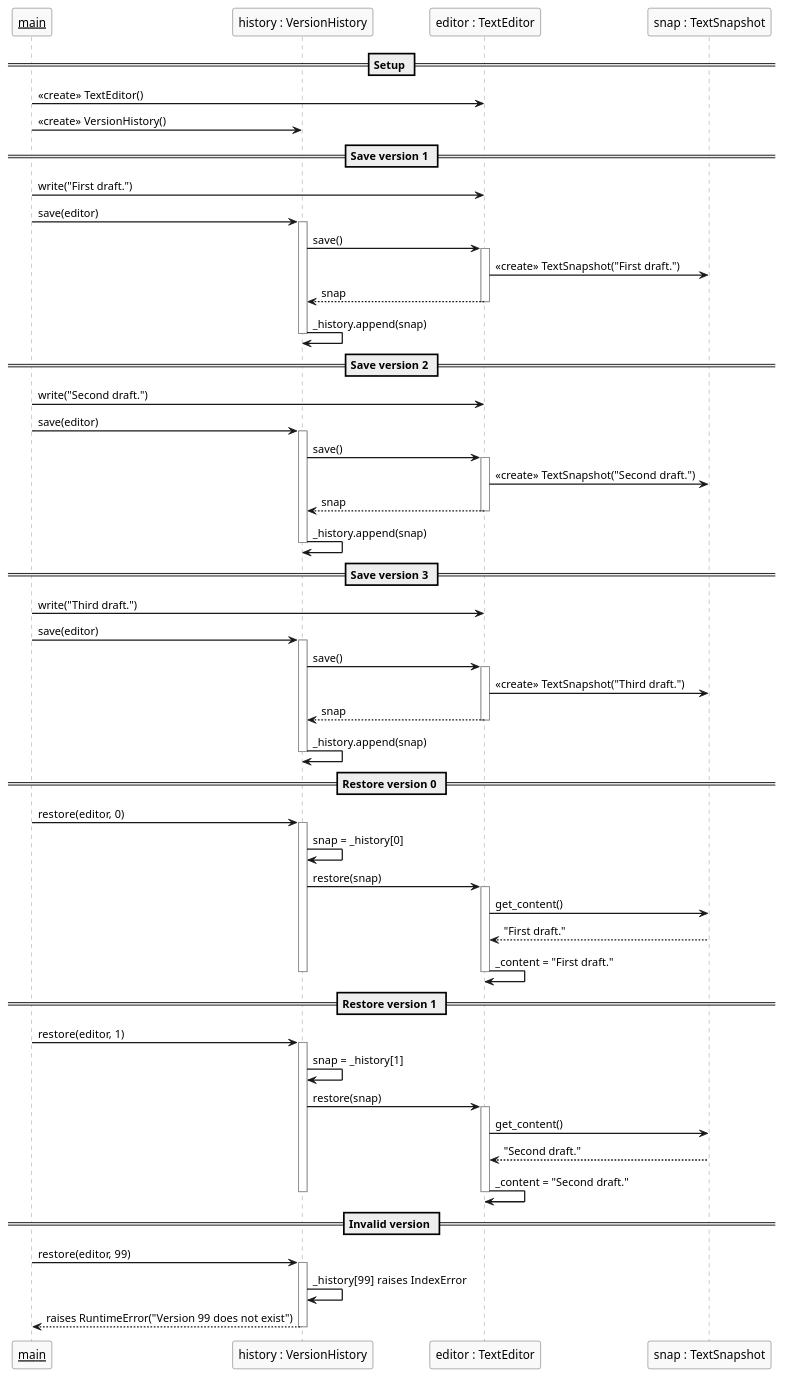
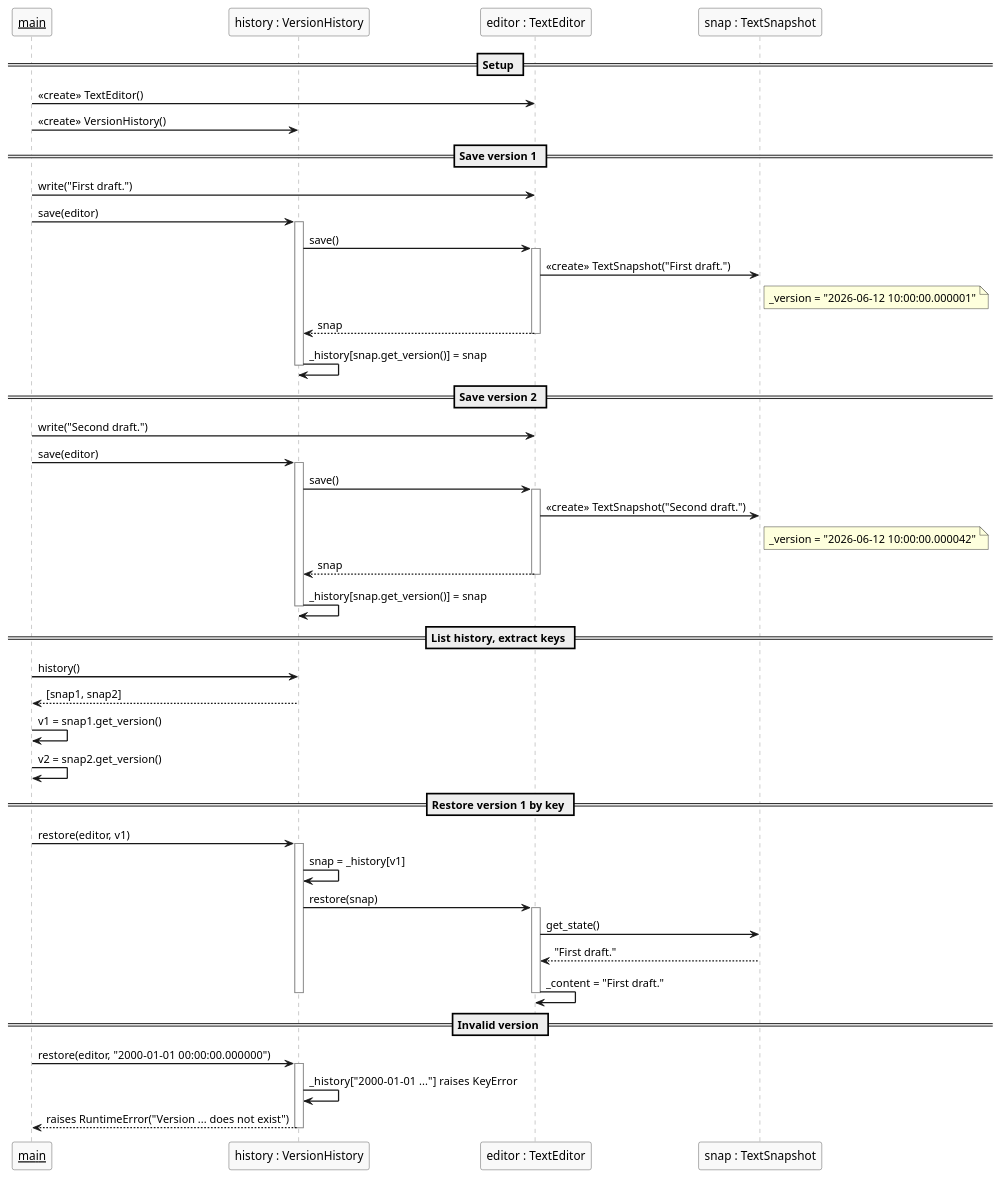
Before and after one commit to olegf2a/gof: the diagram in behavioral/memento/uml/memento_flow.puml, drawn with PlantUML. The commit also changed 10 other files, not shown here.

```diff
--- a/behavioral/memento/uml/memento_flow.puml
+++ b/behavioral/memento/uml/memento_flow.puml
@@ -1,91 +1,74 @@
 @startuml memento_flow
 
 skinparam sequenceArrowThickness 1.5
 skinparam sequenceParticipantBackgroundColor #f9f9f9
 skinparam sequenceParticipantBorderColor #444444
 skinparam sequenceLifeLineBorderColor #888888
 
-participant "__main__"              as Main
-participant "history : VersionHistory" as History
-participant "editor : TextEditor"   as Editor
-participant "snap : TextSnapshot"   as Snap
+participant "__main__"                  as Main
+participant "history : VersionHistory"  as History
+participant "editor : TextEditor"       as Editor
+participant "snap : TextSnapshot"       as Snap
 
 == Setup ==
 
-Main   -> Editor  : <<create>> TextEditor()
-Main   -> History : <<create>> VersionHistory()
+Main    -> Editor   : <<create>> TextEditor()
+Main    -> History  : <<create>> VersionHistory()
 
 == Save version 1 ==
 
-Main   -> Editor  : write("First draft.")
-Main   -> History : save(editor)
+Main    -> Editor   : write("First draft.")
+Main    -> History  : save(editor)
 activate History
-  History -> Editor : save()
+  History -> Editor  : save()
   activate Editor
-    Editor -> Snap  : <<create>> TextSnapshot("First draft.")
+    Editor  -> Snap  : <<create>> TextSnapshot("First draft.")
+    note right of Snap : _version = "2026-06-12 10:00:00.000001"
     Editor --> History : snap
   deactivate Editor
-  History -> History : _history.append(snap)
+  History -> History : _history[snap.get_version()] = snap
 deactivate History
 
 == Save version 2 ==
 
-Main   -> Editor  : write("Second draft.")
-Main   -> History : save(editor)
+Main    -> Editor   : write("Second draft.")
+Main    -> History  : save(editor)
 activate History
-  History -> Editor : save()
+  History -> Editor  : save()
   activate Editor
-    Editor -> Snap  : <<create>> TextSnapshot("Second draft.")
+    Editor  -> Snap  : <<create>> TextSnapshot("Second draft.")
+    note right of Snap : _version = "2026-06-12 10:00:00.000042"
     Editor --> History : snap
   deactivate Editor
-  History -> History : _history.append(snap)
+  History -> History : _history[snap.get_version()] = snap
 deactivate History
 
-== Save version 3 ==
+== List history, extract keys ==
 
-Main   -> Editor  : write("Third draft.")
-Main   -> History : save(editor)
+Main    -> History  : history()
+History --> Main    : [snap1, snap2]
+Main    -> Main     : v1 = snap1.get_version()
+Main    -> Main     : v2 = snap2.get_version()
+
+== Restore version 1 by key ==
+
+Main    -> History  : restore(editor, v1)
 activate History
-  History -> Editor : save()
-  activate Editor
-    Editor -> Snap  : <<create>> TextSnapshot("Third draft.")
-    Editor --> History : snap
-  deactivate Editor
-  History -> History : _history.append(snap)
-deactivate History
-
-== Restore version 0 ==
-
-Main   -> History : restore(editor, 0)
-activate History
-  History -> History : snap = _history[0]
+  History -> History : snap = _history[v1]
   History -> Editor  : restore(snap)
   activate Editor
-    Editor -> Snap  : get_content()
+    Editor  -> Snap  : get_state()
     Snap   --> Editor : "First draft."
     Editor -> Editor : _content = "First draft."
   deactivate Editor
 deactivate History
 
-== Restore version 1 ==
-
-Main   -> History : restore(editor, 1)
-activate History
-  History -> History : snap = _history[1]
-  History -> Editor  : restore(snap)
-  activate Editor
-    Editor -> Snap  : get_content()
-    Snap   --> Editor : "Second draft."
-    Editor -> Editor : _content = "Second draft."
-  deactivate Editor
-deactivate History
-
 == Invalid version ==
 
-Main   -> History : restore(editor, 99)
+Main    -> History  : restore(editor, "2000-01-01 00:00:00.000000")
 activate History
-  History -> History : _history[99]  raises IndexError
-  History --> Main   : raises RuntimeError("Version 99 does not exist")
+  History -> History : _history["2000-01-01 ..."]  raises KeyError
+  History --> Main   : raises RuntimeError("Version ... does not exist")
 deactivate History
 
 @enduml
```
